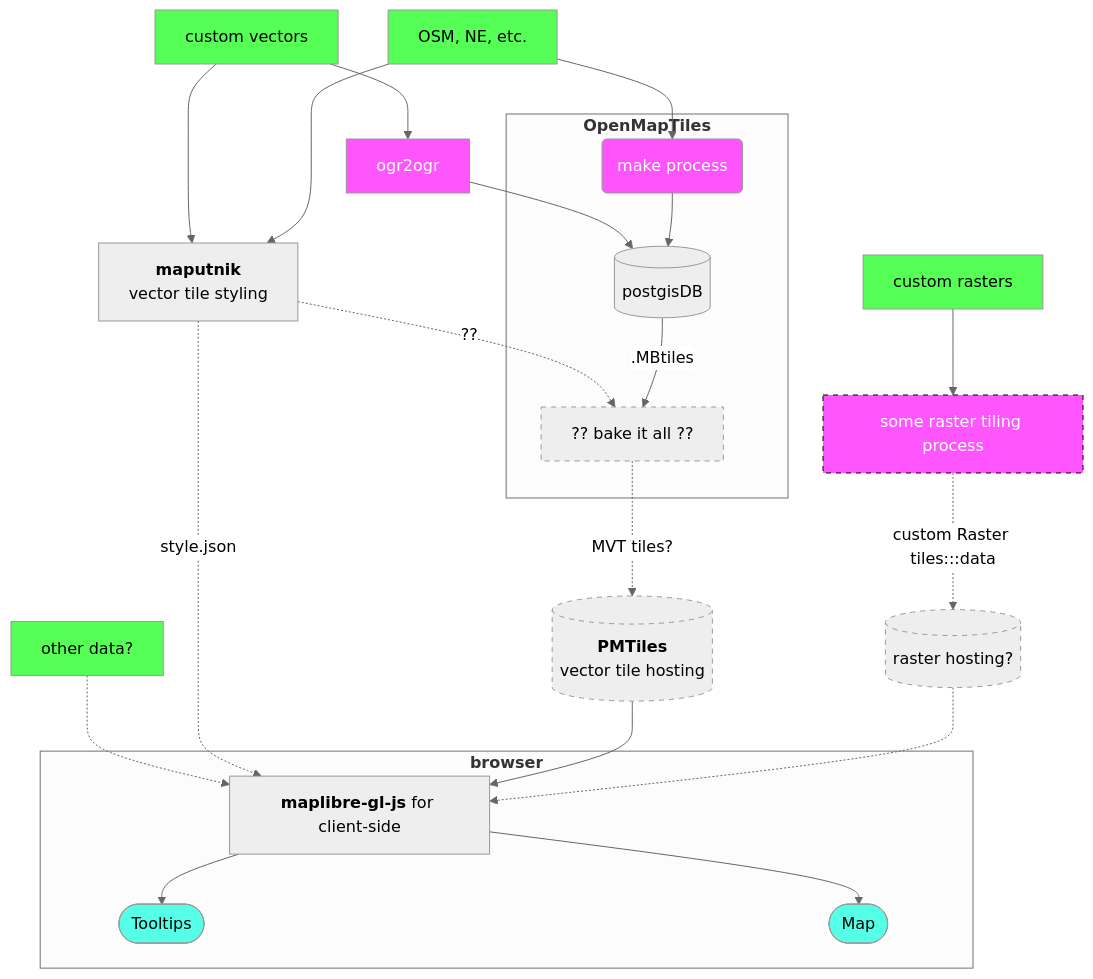
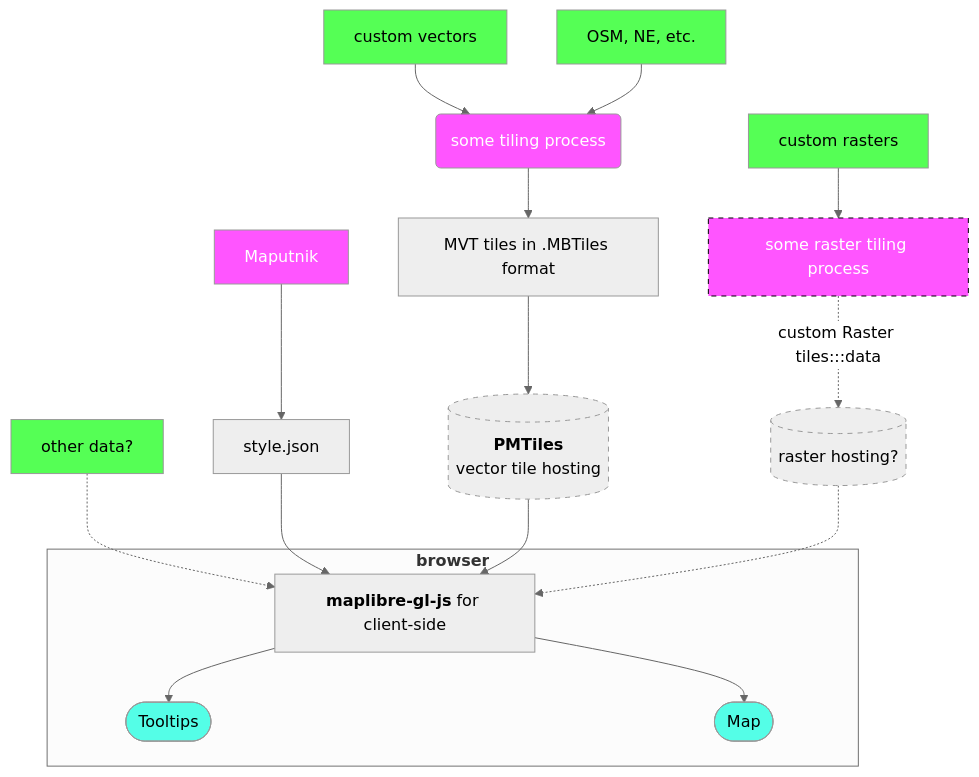
Before and after one commit to nprapps/usda-plant-hardiness: the second of 2 diagrams in maps.md, drawn with Mermaid (neutral theme). The commit also changed other lines of this file, not shown here.

Commit message:
update flowchart

````diff
--- a/maps.md
+++ b/maps.md
@@ -89,38 +89,29 @@
 ```mermaid
 graph TB
 W[custom rasters]:::data --> WW[some raster tiling process]:::unsureprocess -. custom Raster tiles:::data .-> Y[(raster hosting?)]:::unsure 
 
-B[custom vectors]:::data --> ogr2ogr:::process --> postgisDB
-B[custom vectors] --> E
+B[custom vectors]:::data --> C
 Z3[other data?]:::data -.-> G
-E["`**maputnik** 
-	vector tile styling`"]:::toLearn -. "??" .-> D
+
+A[OSM, NE, etc.]:::data --> C(some tiling process):::process --> QQQ[MVT tiles in .MBTiles format] --> F
 
 
-A[OSM, NE, etc.]:::data -->C(make process):::process
-A --> E
-
-subgraph "`**OpenMapTiles**`"
-C --> postgisDB[(postgisDB)] -->|.MBtiles | D[?? bake it all ??]:::unsure
-
-end
-
-E -. "style.json"  .-> G
+maputnik[Maputnik]:::process --> styleJson["style.json"]  --> G
 
 
-D -. MVT tiles? .-> F[("`**PMTiles** 
+F[("`**PMTiles** 
 		vector tile hosting`")]:::unsure
 F --> G["`**maplibre-gl-js** for client-side`"]
 
 Y .-> G
 
 subgraph "`**browser**`"
 G --> Z([Tooltips]):::output
 G --> Z2([Map]):::output
 end
 classDef data fill:#00ff00aa
 classDef unsure stroke-dasharray: 5 5
 classDef output fill:#00ffddaa
 classDef process fill: #ff00ffaa, color: #fff
 classDef unsureprocess fill: #ff00ffaa, color: #fff, stroke-dasharray: 5 5, stroke: #000
 ```
````
